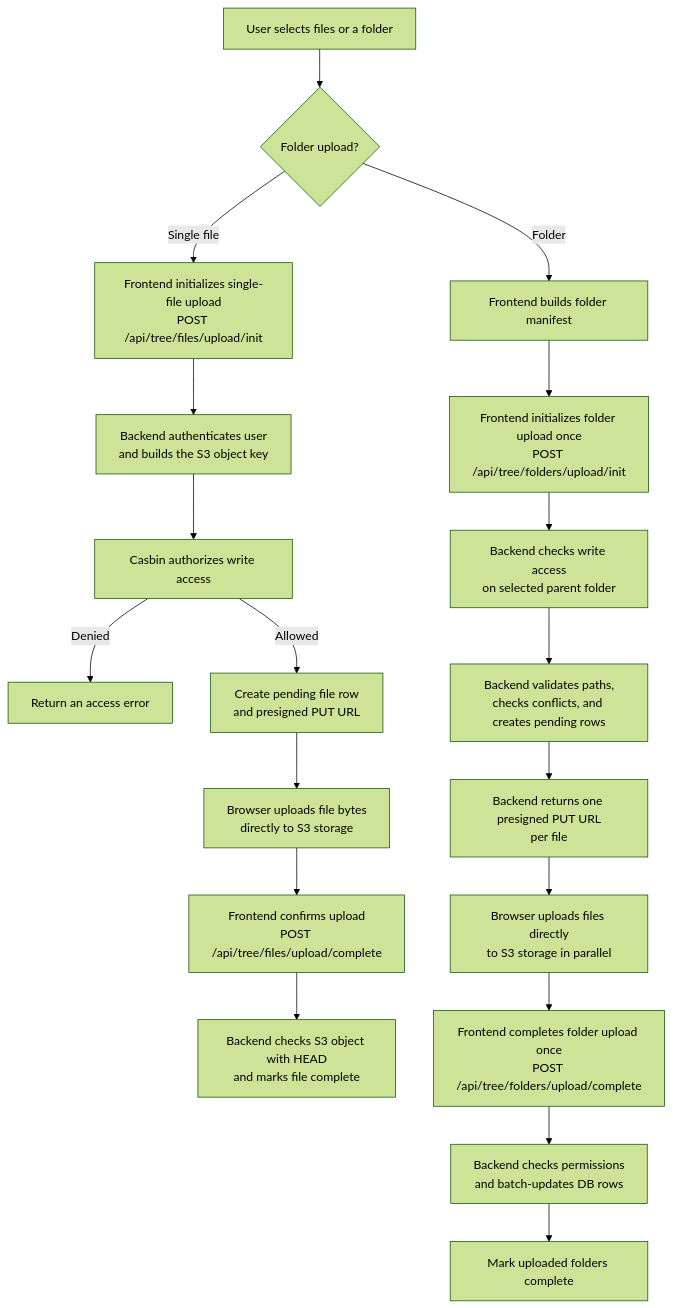
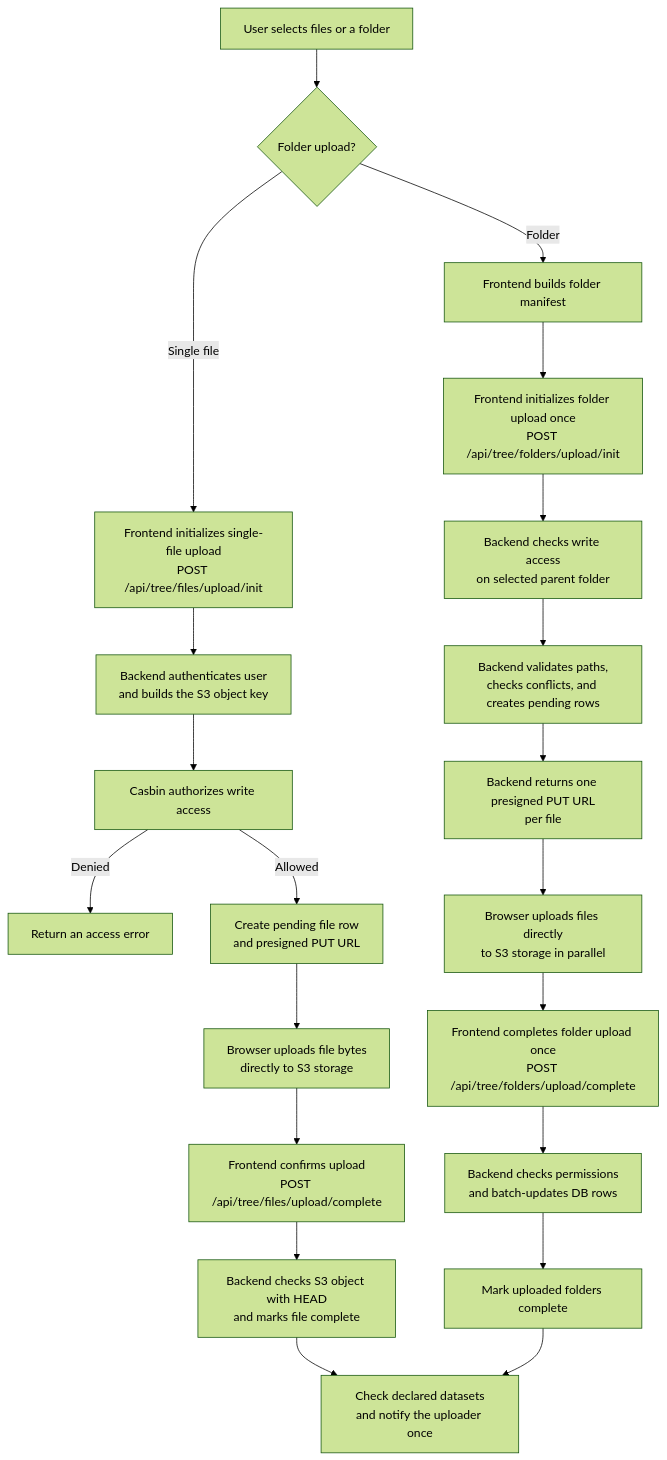
One commit to pmahon3/Data-Portal changed the second of 6 diagrams in docs/diagrams/sequence-storage-access.md. Above: the diagram before and after it, drawn with Mermaid (forest theme). The commit also changed other lines of this file, not shown here.

First line of the commit message:
docs(diagrams): add the folder upload sequence and bring storage diagrams up to date

````diff
--- a/docs/diagrams/sequence-storage-access.md
+++ b/docs/diagrams/sequence-storage-access.md
@@ -34,23 +34,25 @@
 ```mermaid
 flowchart TD
     A["User selects files or a folder"] --> B{"Folder upload?"}
 
     B -->|Single file| C["Frontend initializes single-file upload<br/>POST /api/tree/files/upload/init"]
     C --> D["Backend authenticates user<br/>and builds the S3 object key"]
     D --> E["Casbin authorizes write access"]
     E -->|Denied| F["Return an access error"]
     E -->|Allowed| G["Create pending file row<br/>and presigned PUT URL"]
     G --> H["Browser uploads file bytes<br/>directly to S3 storage"]
     H --> I["Frontend confirms upload<br/>POST /api/tree/files/upload/complete"]
     I --> J["Backend checks S3 object with HEAD<br/>and marks file complete"]
+    J --> T
 
     B -->|Folder| K["Frontend builds folder manifest"]
     K --> L["Frontend initializes folder upload once<br/>POST /api/tree/folders/upload/init"]
     L --> M["Backend checks write access<br/>on selected parent folder"]
     M --> N["Backend validates paths,<br/>checks conflicts, and creates pending rows"]
     N --> O["Backend returns one presigned PUT URL<br/>per file"]
     O --> P["Browser uploads files directly<br/>to S3 storage in parallel"]
     P --> Q["Frontend completes folder upload once<br/>POST /api/tree/folders/upload/complete"]
     Q --> R["Backend checks permissions<br/>and batch-updates DB rows"]
     R --> S["Mark uploaded folders complete"]
+    S --> T["Check declared datasets<br/>and notify the uploader once"]
 ```
````
